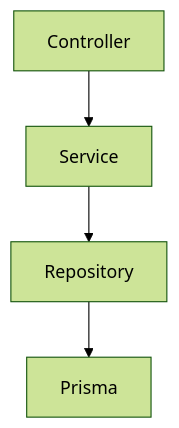
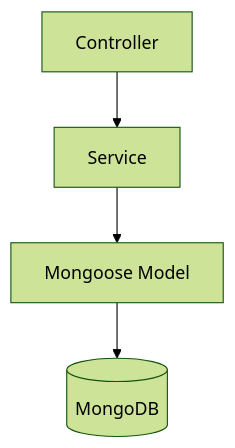
Before and after one commit to OwenBueno/Stella-Project: the diagram in docs/architecture/backend.md, drawn with Mermaid (forest theme). The commit also changed other lines of this file and 141 other files, not shown here.

````diff
--- a/docs/architecture/backend.md
+++ b/docs/architecture/backend.md
@@ -37,6 +36,6 @@
 ```mermaid
 flowchart TB
   Controller --> Service
-  Service --> Repository
-  Repository --> Prisma
+  Service --> Model[Mongoose Model]
+  Model --> MongoDB[(MongoDB)]
 ```
````
